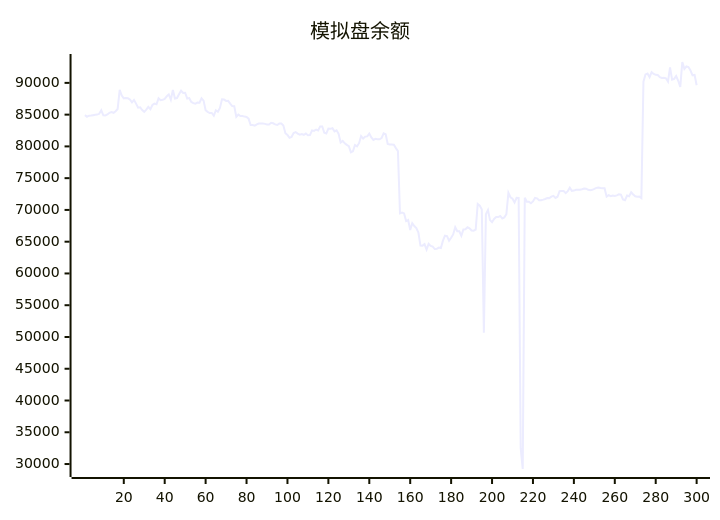
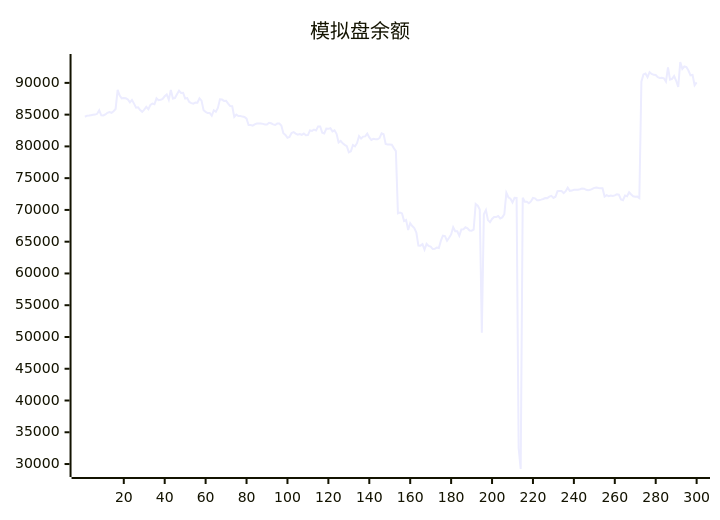
Before and after one commit to aahl/ai-trading: the diagram in README.md, drawn with Mermaid. The commit also changed other lines of this file and 1 other file, not shown here.

````diff
--- a/README.md
+++ b/README.md
@@ -5,5 +5,5 @@
 ```mermaid
 xychart
     title "模拟盘余额"
-    line [84919,84668,84834,84850,84916,84981,85004,85131,85674,84891,84864,85019,85284,85393,85294,85538,85894,88904,88012,87567,87625,87568,87386,86920,87313,86737,86094,86143,85725,85437,85787,86219,85859,86526,86740,86630,87563,87264,87335,87483,87886,88180,87335,88894,87544,87608,88207,88755,88401,88444,87543,87608,87000,86810,86740,86894,86884,87576,87209,85686,85435,85251,85255,84820,85689,85453,86066,87420,87373,87161,87178,86740,86341,86315,84643,85012,84772,84768,84690,84635,84376,83360,83357,83259,83474,83608,83606,83602,83548,83440,83454,83724,83644,83464,83365,83590,83592,83275,82072,81806,81344,81492,82109,82254,82006,81848,81955,81829,82022,81769,81776,82522,82441,82656,82498,83144,83144,82150,82038,82797,82763,82872,82367,82536,81981,80612,80862,80484,80242,80034,79063,79245,80226,80016,80507,81625,81233,81544,81578,82016,81401,81019,81186,81130,81118,81306,82066,81909,80392,80304,80291,80258,79729,79261,69466,69579,69456,68251,68415,66832,67911,67462,67144,66432,64380,64375,64606,63740,64647,64324,64216,63842,63877,64078,64008,65156,65945,65888,65157,65625,66144,67284,66653,66639,65924,66925,66956,67263,67108,66766,66729,66886,70927,70673,70049,50652,69334,69973,68400,68061,68578,68876,68879,69055,68662,68822,69329,72687,71999,71760,71162,71911,71896,32500,29218,71927,71297,71305,71044,71337,71883,71822,71536,71536,71622,71723,71880,71860,72100,72216,71887,72077,72940,72976,72966,72638,72948,73497,73004,73041,73173,73160,73186,73258,73375,73351,73173,73098,73161,73305,73474,73536,73457,73413,73412,72100,72333,72164,72272,72204,72285,72461,72421,71652,71521,72267,72157,72774,72424,72144,72060,72091,71858,90185,91338,91466,90900,91678,91404,91268,91244,90903,90779,90787,90721,90187,92429,90518,90619,91070,90328,89376,93286,92202,92581,92485,91947,91196,91259,89619]
+    line [84668,84834,84850,84916,84981,85004,85131,85674,84891,84864,85019,85284,85393,85294,85538,85894,88904,88012,87567,87625,87568,87386,86920,87313,86737,86094,86143,85725,85437,85787,86219,85859,86526,86740,86630,87563,87264,87335,87483,87886,88180,87335,88894,87544,87608,88207,88755,88401,88444,87543,87608,87000,86810,86740,86894,86884,87576,87209,85686,85435,85251,85255,84820,85689,85453,86066,87420,87373,87161,87178,86740,86341,86315,84643,85012,84772,84768,84690,84635,84376,83360,83357,83259,83474,83608,83606,83602,83548,83440,83454,83724,83644,83464,83365,83590,83592,83275,82072,81806,81344,81492,82109,82254,82006,81848,81955,81829,82022,81769,81776,82522,82441,82656,82498,83144,83144,82150,82038,82797,82763,82872,82367,82536,81981,80612,80862,80484,80242,80034,79063,79245,80226,80016,80507,81625,81233,81544,81578,82016,81401,81019,81186,81130,81118,81306,82066,81909,80392,80304,80291,80258,79729,79261,69466,69579,69456,68251,68415,66832,67911,67462,67144,66432,64380,64375,64606,63740,64647,64324,64216,63842,63877,64078,64008,65156,65945,65888,65157,65625,66144,67284,66653,66639,65924,66925,66956,67263,67108,66766,66729,66886,70927,70673,70049,50652,69334,69973,68400,68061,68578,68876,68879,69055,68662,68822,69329,72687,71999,71760,71162,71911,71896,32500,29218,71927,71297,71305,71044,71337,71883,71822,71536,71536,71622,71723,71880,71860,72100,72216,71887,72077,72940,72976,72966,72638,72948,73497,73004,73041,73173,73160,73186,73258,73375,73351,73173,73098,73161,73305,73474,73536,73457,73413,73412,72100,72333,72164,72272,72204,72285,72461,72421,71652,71521,72267,72157,72774,72424,72144,72060,72091,71858,90185,91338,91466,90900,91678,91404,91268,91244,90903,90779,90787,90721,90187,92429,90518,90619,91070,90328,89376,93286,92202,92581,92485,91947,91196,91259,89619,90086]
 ```
````
